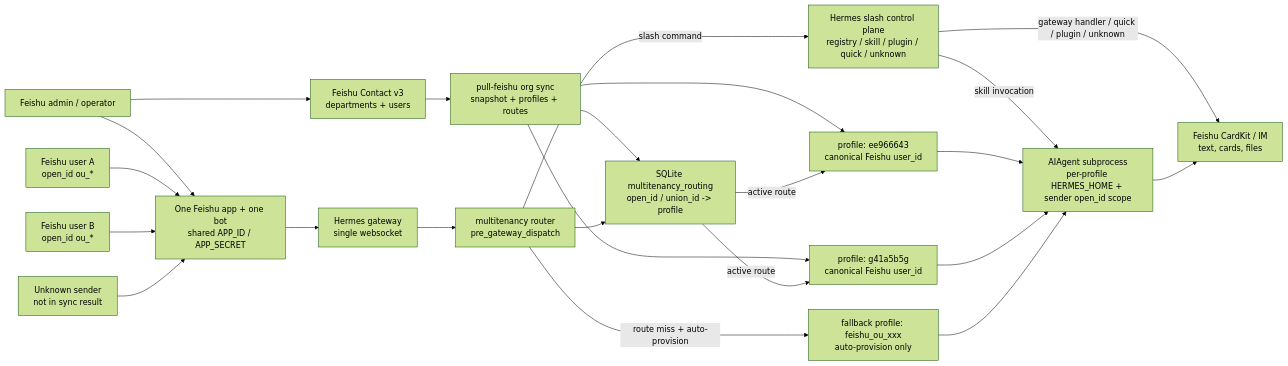
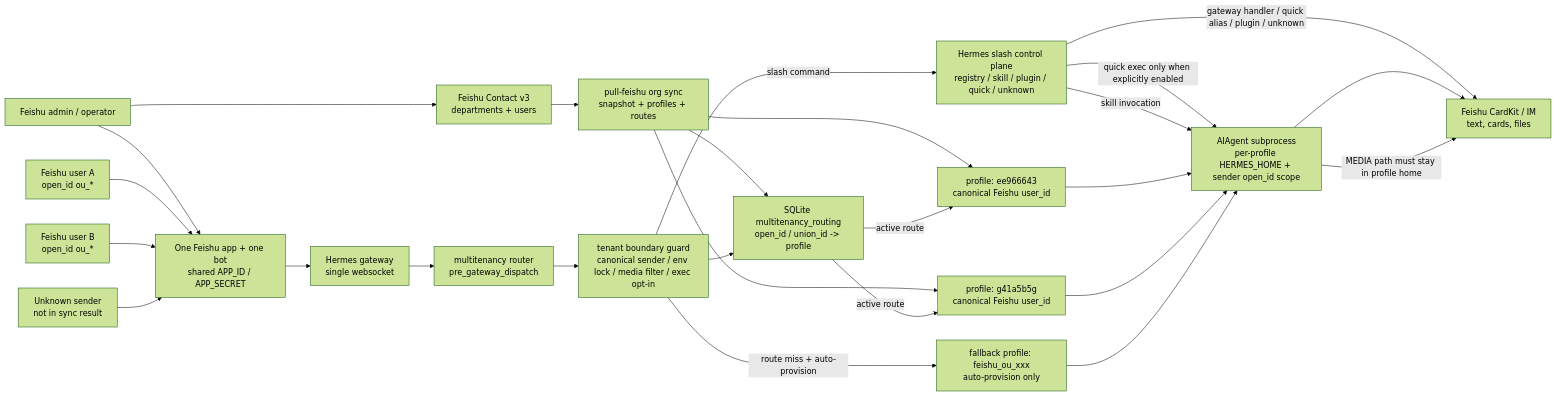
One commit to eggyrooch-blip/hermes-multitenancy changed the diagram in README.md. Above: the diagram before and after it, drawn with Mermaid (forest theme). The commit also changed other lines of this file and 1 other file, not shown here.

````diff
--- a/README.md
+++ b/README.md
@@ -29,35 +29,38 @@
 ```mermaid
 flowchart LR
     admin["Feishu admin / operator"]
     app["One Feishu app + one bot\nshared APP_ID / APP_SECRET"]
     contact["Feishu Contact v3\ndepartments + users"]
     sync["pull-feishu org sync\nsnapshot + profiles + routes"]
     table["SQLite multitenancy_routing\nopen_id / union_id -> profile"]
     userA["Feishu user A\nopen_id ou_*"]
     userB["Feishu user B\nopen_id ou_*"]
     unknown["Unknown sender\nnot in sync result"]
     gateway["Hermes gateway\nsingle websocket"]
     router["multitenancy router\npre_gateway_dispatch"]
+    guard["tenant boundary guard\ncanonical sender / env lock / media filter / exec opt-in"]
     slash["Hermes slash control plane\nregistry / skill / plugin / quick / unknown"]
     profileA["profile: ee966643\ncanonical Feishu user_id"]
     profileB["profile: g41a5b5g\ncanonical Feishu user_id"]
     fallback["fallback profile: feishu_ou_xxx\nauto-provision only"]
     aiagent["AIAgent subprocess\nper-profile HERMES_HOME + sender open_id scope"]
     feishu["Feishu CardKit / IM\ntext, cards, files"]
 
     admin --> app
     admin --> contact --> sync --> table
     sync --> profileA
     sync --> profileB
     userA --> app
     userB --> app
     unknown --> app
-    app --> gateway --> router
-    router -->|slash command| slash
-    slash -->|gateway handler / quick / plugin / unknown| feishu
+    app --> gateway --> router --> guard
+    guard -->|slash command| slash
+    slash -->|gateway handler / quick alias / plugin / unknown| feishu
+    slash -->|quick exec only when explicitly enabled| aiagent
     slash -->|skill invocation| aiagent
-    router --> table
+    guard --> table
     table -->|active route| profileA --> aiagent --> feishu
     table -->|active route| profileB --> aiagent
-    router -->|route miss + auto-provision| fallback --> aiagent
+    guard -->|route miss + auto-provision| fallback --> aiagent
+    aiagent -->|MEDIA path must stay in profile home| feishu
 ```
````
